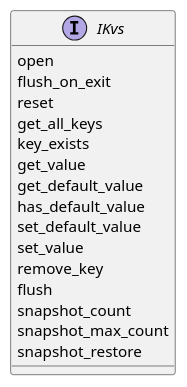
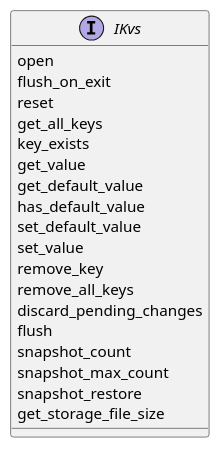
One commit to esrlabs/inc_mw_per changed the diagram in docs/features/persistency/architecture/_assets/kvs_interface.puml. Above: the diagram before and after it, drawn with PlantUML. The commit also changed 5 other files, not shown here.

First line of the commit message:
adding remove all keys (#421)

```diff
--- a/docs/features/persistency/architecture/_assets/kvs_interface.puml
+++ b/docs/features/persistency/architecture/_assets/kvs_interface.puml
@@ -14,21 +14,24 @@
 @startuml
 
 interface IKvs {
     open
     flush_on_exit
     reset
     get_all_keys
     key_exists
     get_value
     get_default_value
     has_default_value
     set_default_value
     set_value
     remove_key
+    remove_all_keys
+    discard_pending_changes
     flush
     snapshot_count
     snapshot_max_count
     snapshot_restore
+    get_storage_file_size
 }
 
 @enduml
```
